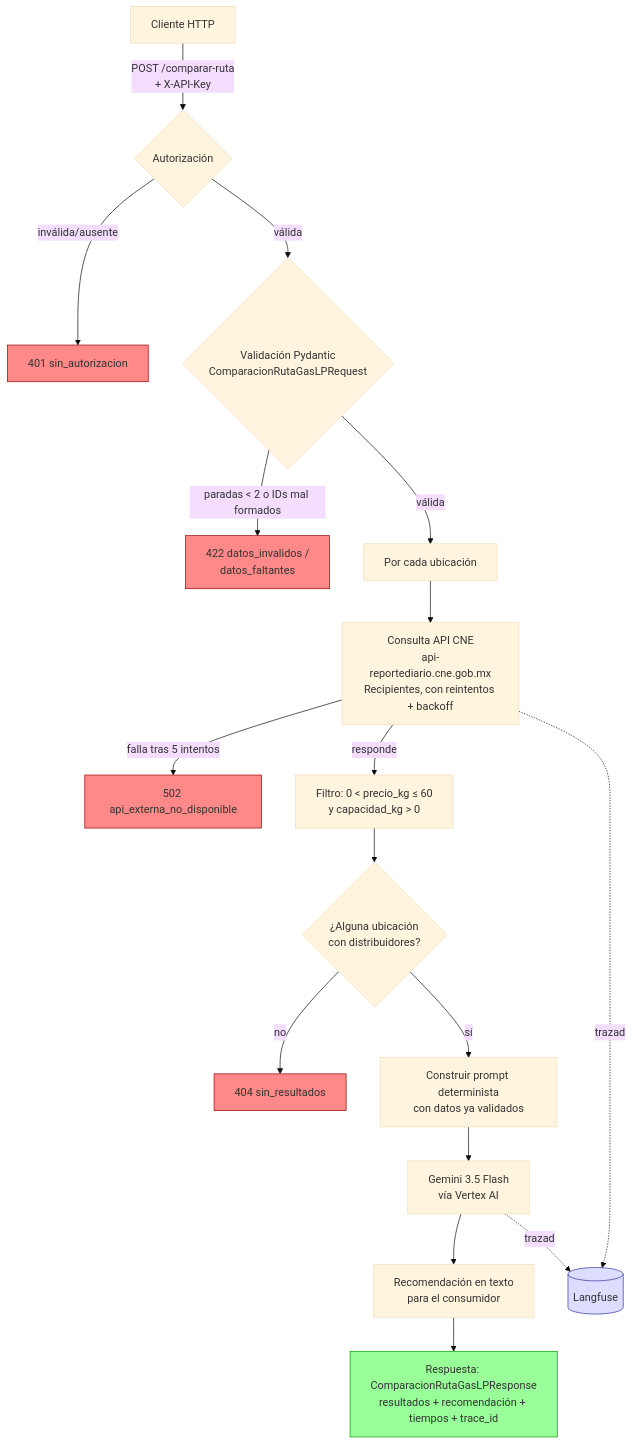
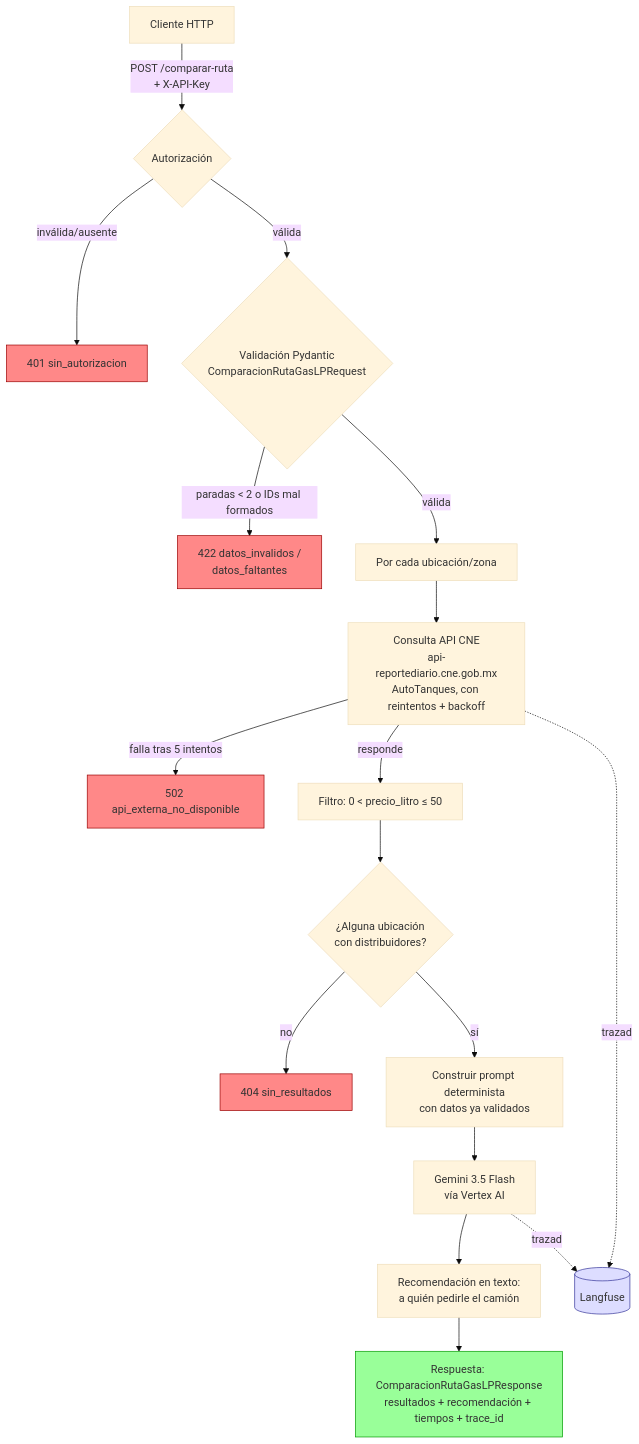
One commit to etorresv9/precios-cne changed the diagram in docs/PROYECTO.md. Above: the diagram before and after it, drawn with Mermaid (base theme). The commit also changed other lines of this file and 11 other files, not shown here.

````diff
--- a/docs/PROYECTO.md
+++ b/docs/PROYECTO.md
@@ -60,31 +60,31 @@
 ```mermaid
 flowchart TD
     A[Cliente HTTP] -->|POST /comparar-ruta<br/>+ X-API-Key| B{Autorización}
     B -->|inválida/ausente| B1[401 sin_autorizacion]
     B -->|válida| C{Validación Pydantic<br/>ComparacionRutaGasLPRequest}
     C -->|paradas < 2 o IDs mal formados| C1[422 datos_invalidos /<br/>datos_faltantes]
-    C -->|válida| D[Por cada ubicación]
+    C -->|válida| D[Por cada ubicación/zona]
 
-    D --> E[Consulta API CNE<br/>api-reportediario.cne.gob.mx<br/>Recipientes, con reintentos + backoff]
+    D --> E[Consulta API CNE<br/>api-reportediario.cne.gob.mx<br/>AutoTanques, con reintentos + backoff]
     E -->|falla tras 5 intentos| E1[502 api_externa_no_disponible]
-    E -->|responde| F[Filtro: 0 < precio_kg ≤ 60<br/>y capacidad_kg > 0]
+    E -->|responde| F[Filtro: 0 < precio_litro ≤ 50]
 
     F --> G{¿Alguna ubicación<br/>con distribuidores?}
     G -->|no| G1[404 sin_resultados]
     G -->|sí| H[Construir prompt determinista<br/>con datos ya validados]
 
     H --> I[Gemini 3.5 Flash<br/>vía Vertex AI]
-    I --> J[Recomendación en texto<br/>para el consumidor]
+    I --> J[Recomendación en texto:<br/>a quién pedirle el camión]
 
     J --> K[Respuesta: ComparacionRutaGasLPResponse<br/>resultados + recomendación + tiempos + trace_id]
 
     E -.trazado.-> L[(Langfuse)]
     I -.trazado.-> L
 
     style B1 fill:#f88,stroke:#900
     style C1 fill:#f88,stroke:#900
     style E1 fill:#f88,stroke:#900
     style G1 fill:#f88,stroke:#900
     style K fill:#9f9,stroke:#090
     style L fill:#ddf,stroke:#339
 ```
````
